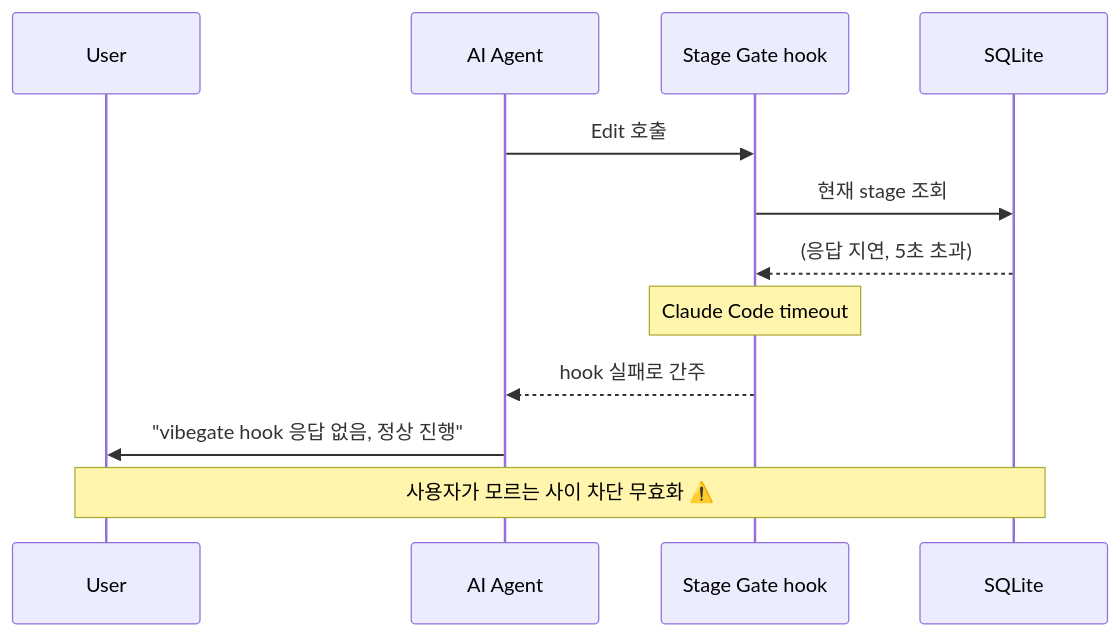
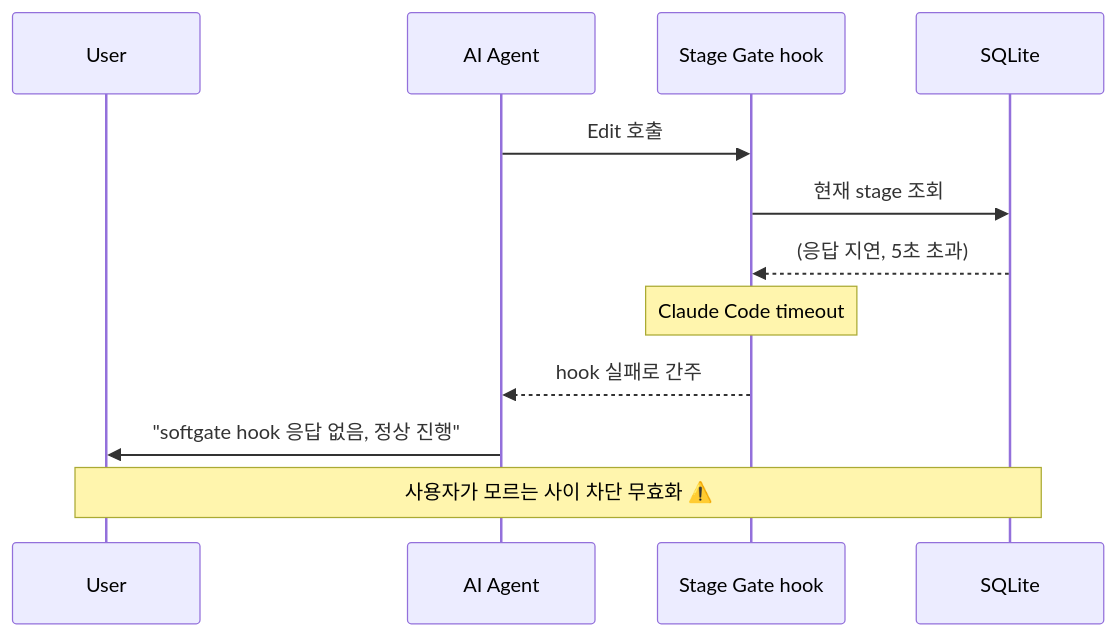
Before and after one commit to YujunOh/NaN-SE: the fourth of 6 diagrams in docs/REQUIREMENTS.md, drawn with Mermaid. The commit also changed other lines of this file and 7 other files, not shown here.

Commit message:
docs: bulk vibegate→softgate rename in remaining docs

````diff
--- a/docs/REQUIREMENTS.md
+++ b/docs/REQUIREMENTS.md
@@ -149,15 +149,15 @@
 ```mermaid
 sequenceDiagram
     participant U as User
     participant AI as AI Agent
     participant SG as Stage Gate hook
     participant DB as SQLite
 
     AI->>SG: Edit 호출
     SG->>DB: 현재 stage 조회
     DB-->>SG: (응답 지연, 5초 초과)
     Note over SG: Claude Code timeout
     SG-->>AI: hook 실패로 간주
-    AI->>U: "vibegate hook 응답 없음, 정상 진행"
+    AI->>U: "softgate hook 응답 없음, 정상 진행"
     Note over U,DB: 사용자가 모르는 사이 차단 무효화 ⚠️
 ```
````
